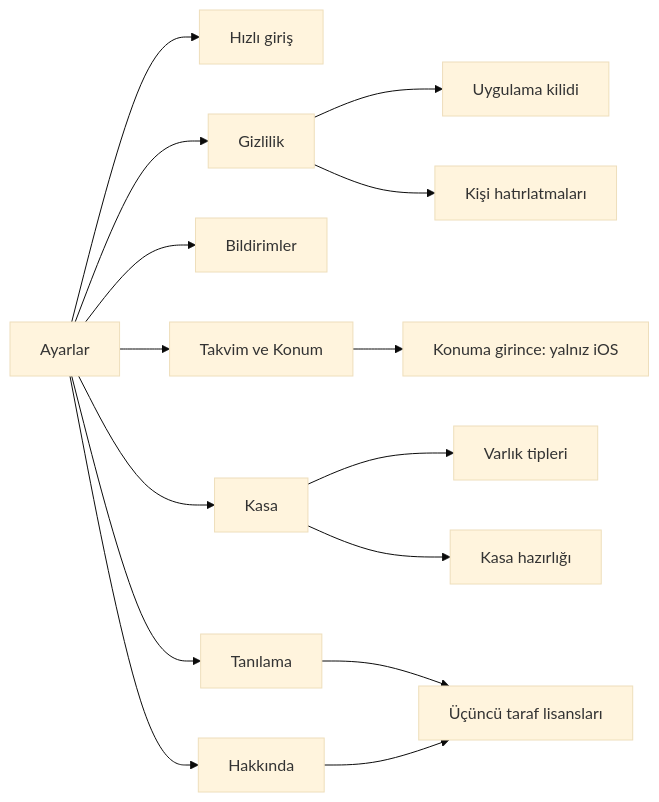
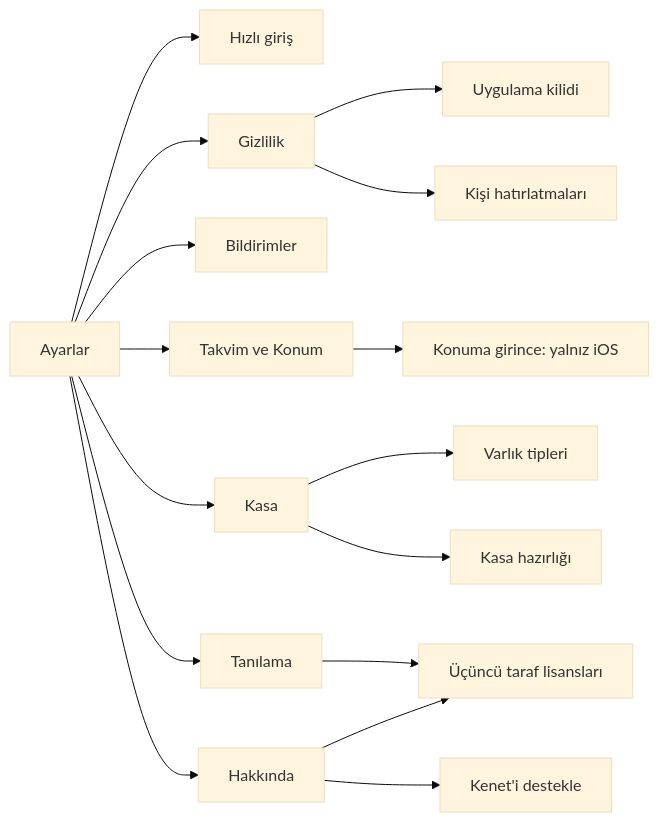
One commit to dogancanyildiz/kenet changed diagram 13 of 19 in docs/screens.md. Above: the diagram before and after it, drawn with Mermaid (base theme). The commit also changed other lines of this file and 31 other files, not shown here.

````diff
--- a/docs/screens.md
+++ b/docs/screens.md
@@ -1211,17 +1211,18 @@
 ```mermaid
 flowchart LR
     Ayarlar[Ayarlar] --> HG[Hızlı giriş]
     Ayarlar --> Giz[Gizlilik]
     Ayarlar --> Bil[Bildirimler]
     Ayarlar --> TK[Takvim ve Konum]
     Ayarlar --> Kasa[Kasa]
     Ayarlar --> Tan[Tanılama]
     Ayarlar --> Hak[Hakkında]
     Giz --> Kilit[Uygulama kilidi]
     Giz --> KH[Kişi hatırlatmaları]
     TK --> Konuma[Konuma girince: yalnız iOS]
     Kasa --> Tipler[Varlık tipleri]
     Kasa --> Hazirlik[Kasa hazırlığı]
     Tan --> Lisans[Üçüncü taraf lisansları]
     Hak --> Lisans
+    Hak --> Destekle[Kenet'i destekle]
 ```
````
